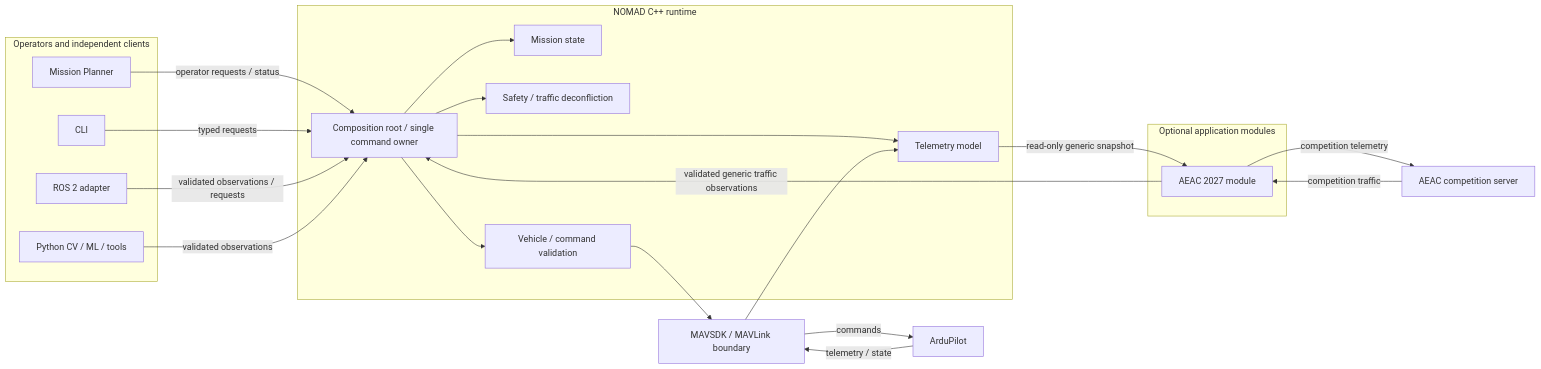
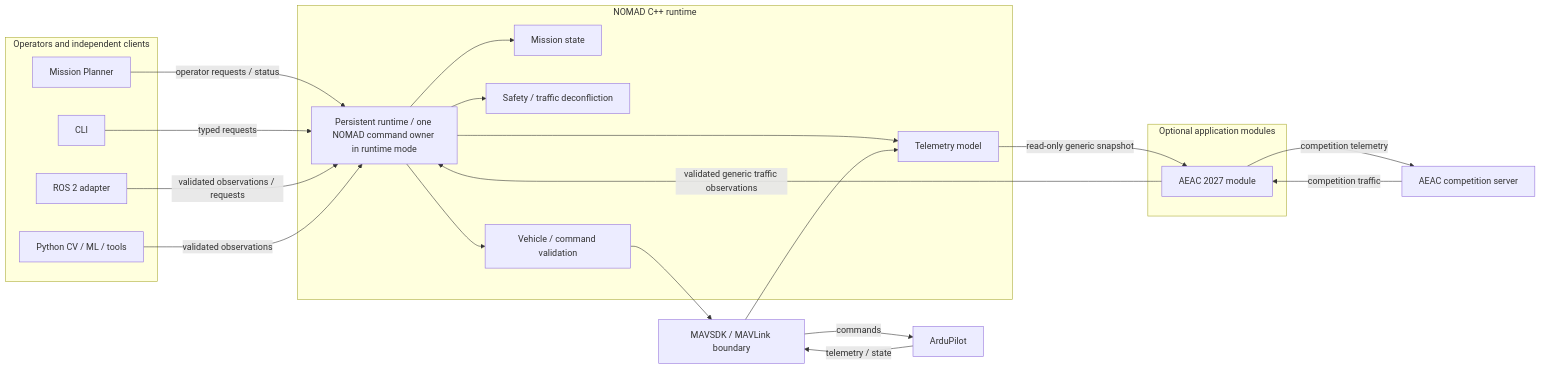
The first of 3 diagrams in docs/architecture.md (YoussGm3o8/NOMAD), drawn with Mermaid before and after one commit. The commit also changed other lines of this file and 44 other files, not shown here.

Commit message:
[runtime,ipc] Add persistent NOMAD core service

````diff
--- a/docs/architecture.md
+++ b/docs/architecture.md
@@ -11,45 +11,45 @@
 ```mermaid
 flowchart LR
     subgraph Clients["Operators and independent clients"]
         MP["Mission Planner"]
         CLI["CLI"]
         ROS["ROS 2 adapter"]
         PY["Python CV / ML / tools"]
     end
 
     subgraph Modules["Optional application modules"]
         AEACMOD["AEAC 2027 module"]
     end
 
     AEAC["AEAC competition server"]
 
     subgraph Runtime["NOMAD C++ runtime"]
-        OWNER["Composition root / single command owner"]
+        OWNER["Persistent runtime / one NOMAD command owner in runtime mode"]
         TEL["Telemetry model"]
         MISSION["Mission state"]
         SAFETY["Safety / traffic deconfliction"]
         VEH["Vehicle / command validation"]
     end
 
     MAV["MAVSDK / MAVLink boundary"]
     AP["ArduPilot"]
 
     MP -->|"operator requests / status"| OWNER
     CLI -->|"typed requests"| OWNER
     ROS -->|"validated observations / requests"| OWNER
     PY -->|"validated observations"| OWNER
 
     OWNER --> TEL
     OWNER --> MISSION
     OWNER --> SAFETY
     OWNER --> VEH
     VEH --> MAV
     MAV -->|"commands"| AP
     AP -->|"telemetry / state"| MAV
     MAV --> TEL
 
     TEL -->|"read-only generic snapshot"| AEACMOD
     AEAC -->|"competition traffic"| AEACMOD
     AEACMOD -->|"validated generic traffic observations"| OWNER
     AEACMOD -->|"competition telemetry"| AEAC
 ```
````
